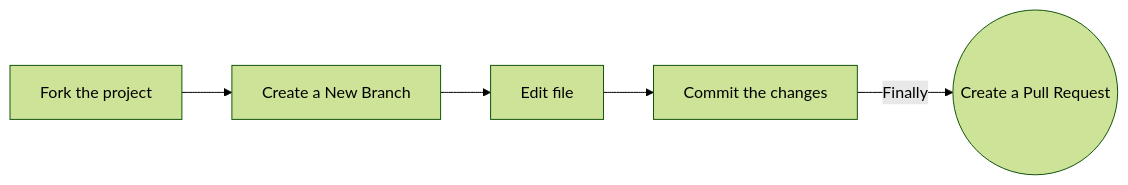
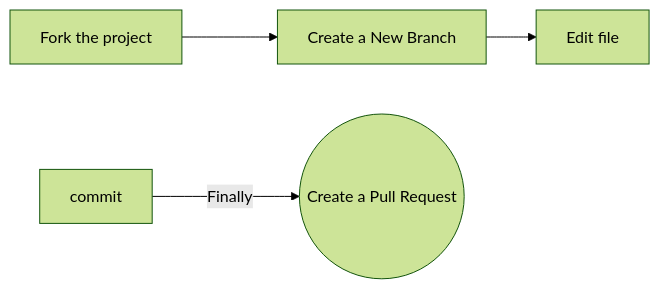
One commit to ArmanKumar21/python-cpp-html-programs-projects changed the diagram in README.md. Above: the diagram before and after it, drawn with Mermaid (forest theme).

````diff
--- a/README.md
+++ b/README.md
@@ -25,8 +25,7 @@
 ```mermaid
 flowchart LR
     Fork[Fork the project]-->branch[Create a New Branch]
     branch-->Edit[Edit file]
-    Edit-->commit[Commit the changes]
     commit -->|Finally|creatpr((Create a Pull Request))
     
  ```
````
